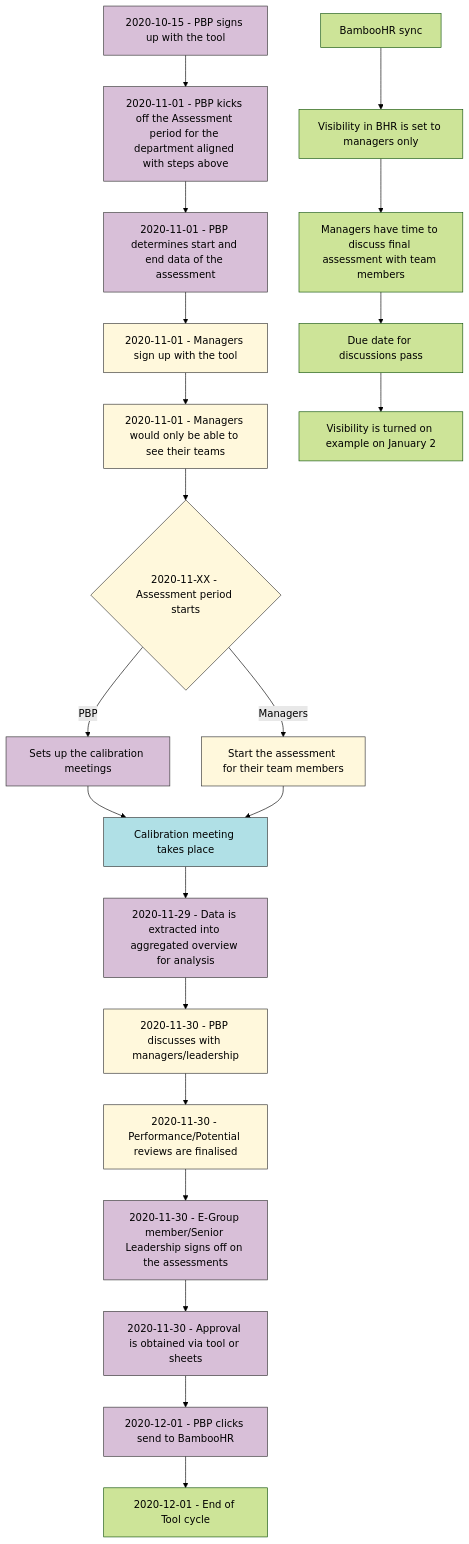
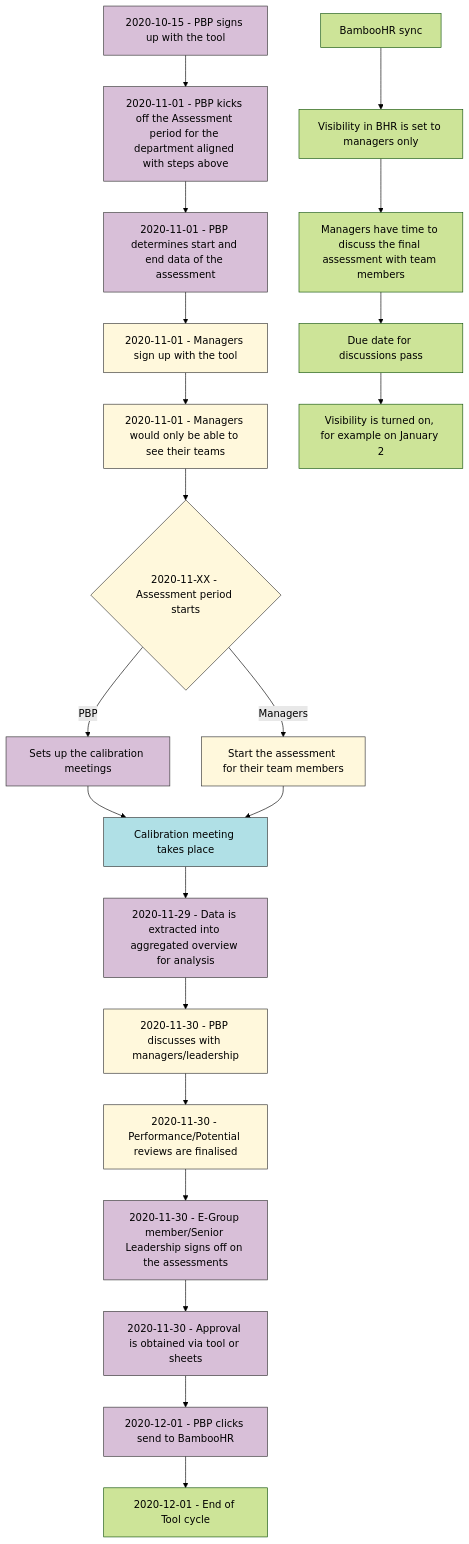
The diagram in people-group/engineering/assessment-tool/index.html.md (secretstartups/handbook), drawn with Mermaid (forest theme) before and after one commit. The commit also changed other lines of this file, not shown here.

Commit message:
Fix typo in People Group Engineering's Assessment Tool handbook

````diff
--- a/people-group/engineering/assessment-tool/index.html.md
+++ b/people-group/engineering/assessment-tool/index.html.md
@@ -133,32 +133,32 @@
 ```mermaid
 graph TD
     A[2020-10-15 - PBP signs up with the tool]:::PBP -->B[2020-11-01 - PBP kicks off the Assessment period for the department aligned with steps above]
     B:::PBP --> C[2020-11-01 - PBP determines start and end data of the assessment]
     C:::PBP --> D[2020-11-01 - Managers sign up with the tool]
     D:::CLIENT --> E[2020-11-01 - Managers would only be able to see their teams]
     E:::CLIENT --> F{2020-11-XX - Assessment period starts}
     F:::POPS -->|PBP| G[Sets up the calibration meetings]
     F:::CLIENT -->|Managers| H[Start the assessment for their team members]
     G:::PBP --> I[Calibration meeting takes place]
     H:::CLIENT --> I[Calibration meeting takes place]
     I:::TR --> J[2020-11-29 - Data is extracted into aggregated overview for analysis] 
     J:::PBP --> K[2020-11-30 - PBP discusses with managers/leadership]
     K:::CLIENT --> L[2020-11-30 - Performance/Potential reviews are finalised]
     L:::CLIENT --> M[2020-11-30 - E-Group member/Senior Leadership signs off on the assessments]
     M:::PBP --> N[2020-11-30 - Approval is obtained via tool or sheets]
     N:::PBP --> O[2020-12-01 - PBP clicks send to BambooHR]
     O:::PBP --> P[2020-12-01 - End of Tool cycle]
 
 
 classDef PBP fill:#D8BFD8, stroke: #333
 classDef CLIENT fill:#FFF8DC, stroke: #333
 classDef TR fill:#B0E0E6, stroke: #333
 classDef POPS fill:#90EE90, stroke: #333
 classDef EGROUP fill:#FFE4E1, stroke: #333
 
 
     Q[BambooHR sync] --> R[Visibility in BHR is set to managers only]
-    R --> S[Managers have time to discuss final assessment with team members]
+    R --> S[Managers have time to discuss the final assessment with team members]
     S --> T[Due date for discussions pass]
-    T --> U[Visibility is turned on example on January 2]
+    T --> U[Visibility is turned on, for example on January 2]
 ```
````
